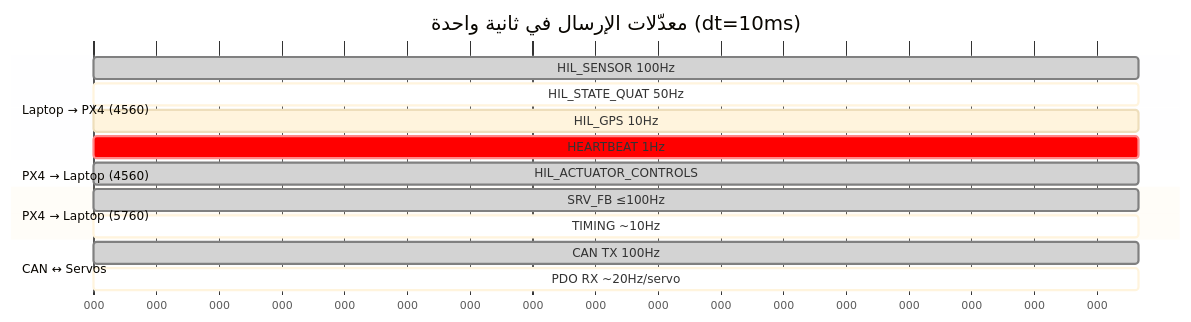
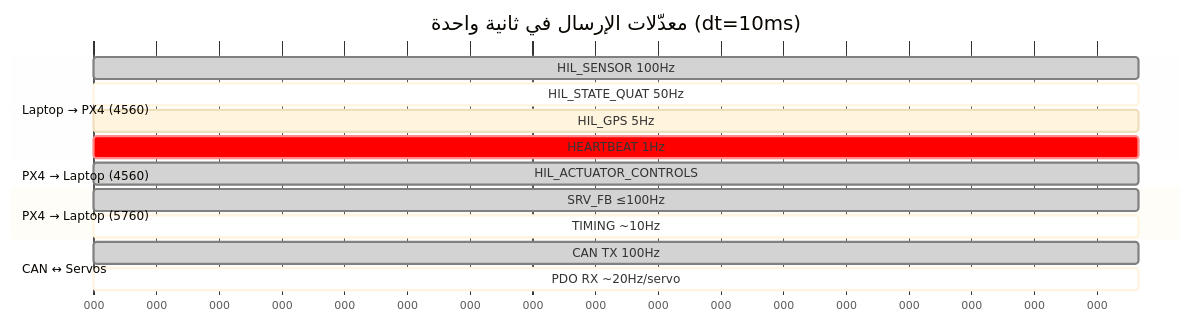
One commit to shebah2092-cloud/m133 changed the sixth of 10 diagrams in hil_sim_vs_px4.md. Above: the diagram before and after it, drawn with Mermaid. The commit also changed other lines of this file and 5 other files, not shown here.

````diff
--- a/hil_sim_vs_px4.md
+++ b/hil_sim_vs_px4.md
@@ -208,24 +208,24 @@
 ```mermaid
 %%{init: {'theme':'base'}}%%
 gantt
   title معدّلات الإرسال في ثانية واحدة (dt=10ms)
   dateFormat X
   axisFormat %L
 
   section Laptop → PX4 (4560)
   HIL_SENSOR 100Hz       :done, 0, 1000
   HIL_STATE_QUAT 50Hz    :active, 0, 1000
-  HIL_GPS 10Hz           :0, 1000
+  HIL_GPS 5Hz            :0, 1000
   HEARTBEAT 1Hz          :crit, 0, 1000
 
   section PX4 → Laptop (4560)
   HIL_ACTUATOR_CONTROLS  :done, 0, 1000
 
   section PX4 → Laptop (5760)
   SRV_FB ≤100Hz          :done, 0, 1000
   TIMING ~10Hz           :active, 0, 1000
 
   section CAN ↔ Servos
   CAN TX 100Hz           :done, 0, 1000
   PDO RX ~20Hz/servo     :active, 0, 1000
 ```
````
